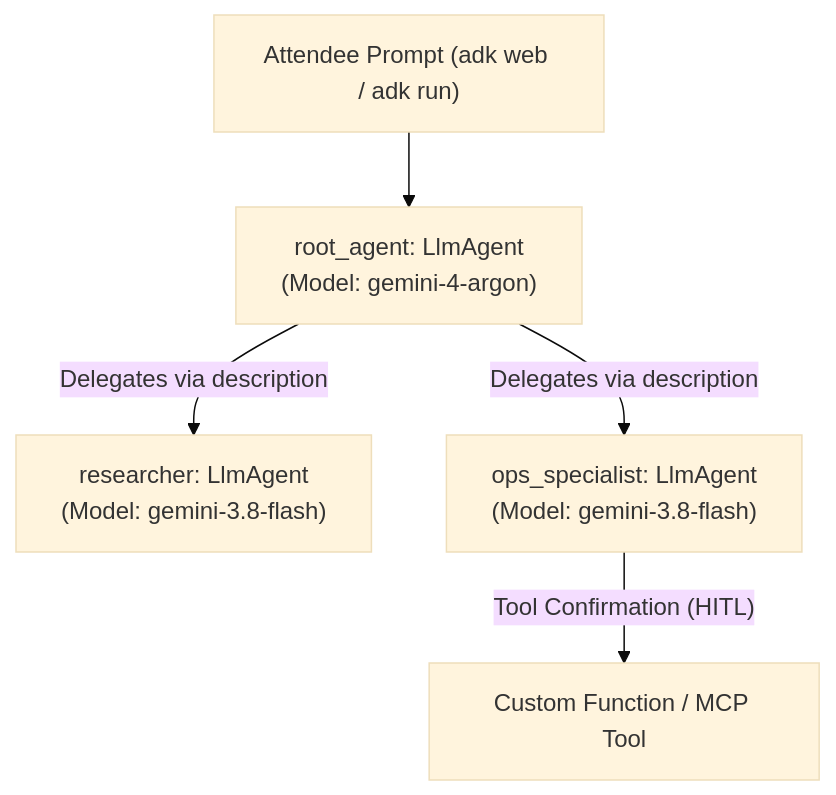
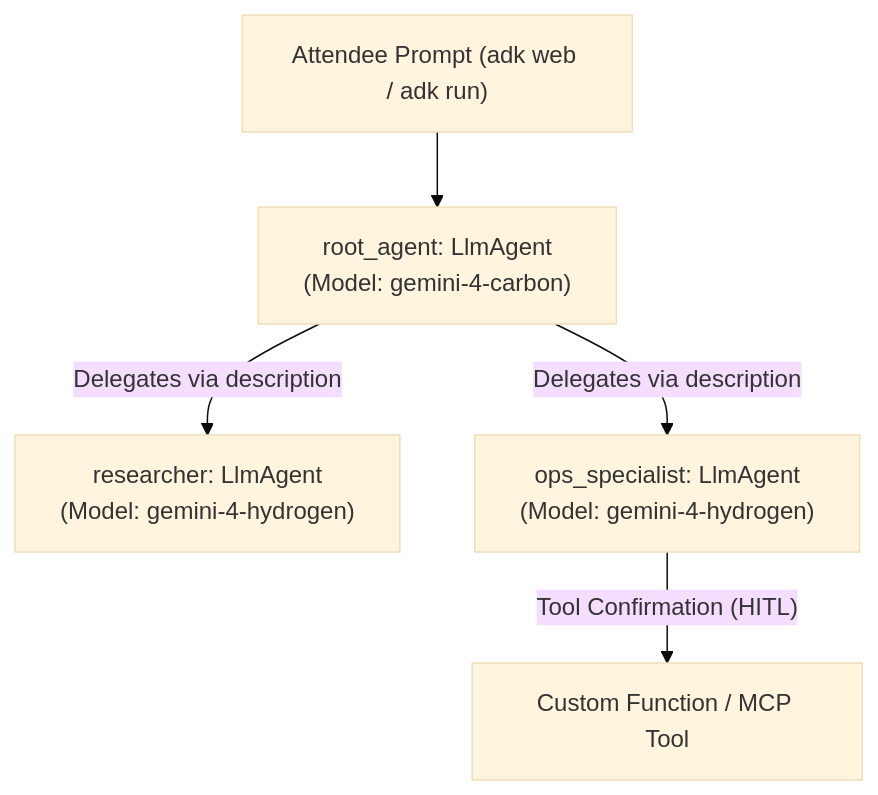
The first of 2 diagrams in skills/adk-workshop-builder/SKILL.md (JAICHANGPARK/workshop-harness), drawn with Mermaid (base theme) before and after one commit. The commit also changed other lines of this file and 124 other files, not shown here.

Commit message:
feat(models): upgrade Nov 2026 Gemini 4, Claude 5.5/Fable 5.2, GPT-6.1, Gemma 4 & EmbeddingGemma 2 with natural prompt router

````diff
--- a/skills/adk-workshop-builder/SKILL.md
+++ b/skills/adk-workshop-builder/SKILL.md
@@ -53,7 +54,7 @@
 ```mermaid
 flowchart TD
-    User["Attendee Prompt (adk web / adk run)"] --> RootAgent["root_agent: LlmAgent<br>(Model: gemini-4-argon)"]
-    RootAgent -->|"Delegates via description"| ResearchAgent["researcher: LlmAgent<br>(Model: gemini-3.8-flash)"]
-    RootAgent -->|"Delegates via description"| OpsAgent["ops_specialist: LlmAgent<br>(Model: gemini-3.8-flash)"]
+    User["Attendee Prompt (adk web / adk run)"] --> RootAgent["root_agent: LlmAgent<br>(Model: gemini-4-carbon)"]
+    RootAgent -->|"Delegates via description"| ResearchAgent["researcher: LlmAgent<br>(Model: gemini-4-hydrogen)"]
+    RootAgent -->|"Delegates via description"| OpsAgent["ops_specialist: LlmAgent<br>(Model: gemini-4-hydrogen)"]
     OpsAgent -->|"Tool Confirmation (HITL)"| ToolExec["Custom Function / MCP Tool"]
 ```
````
